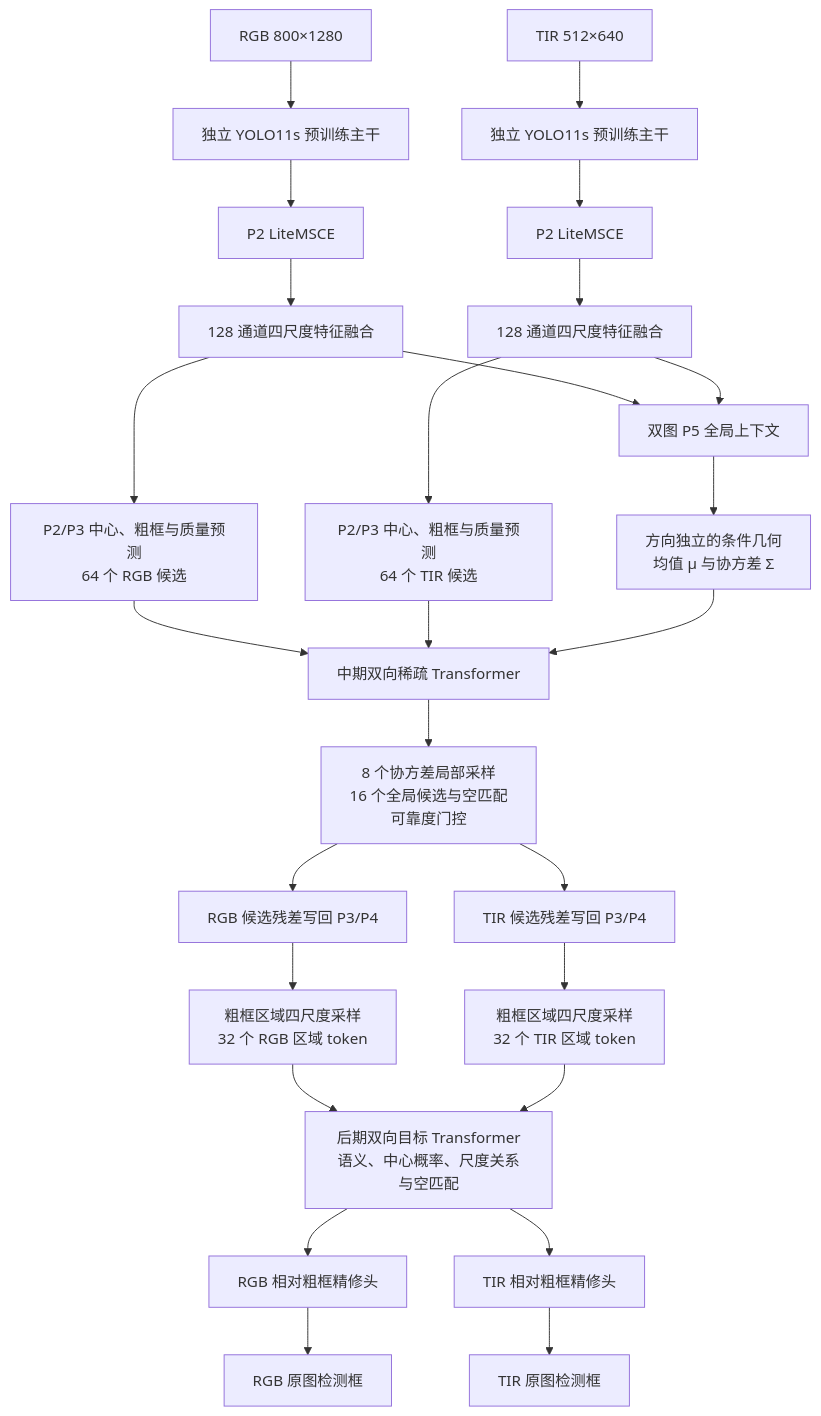
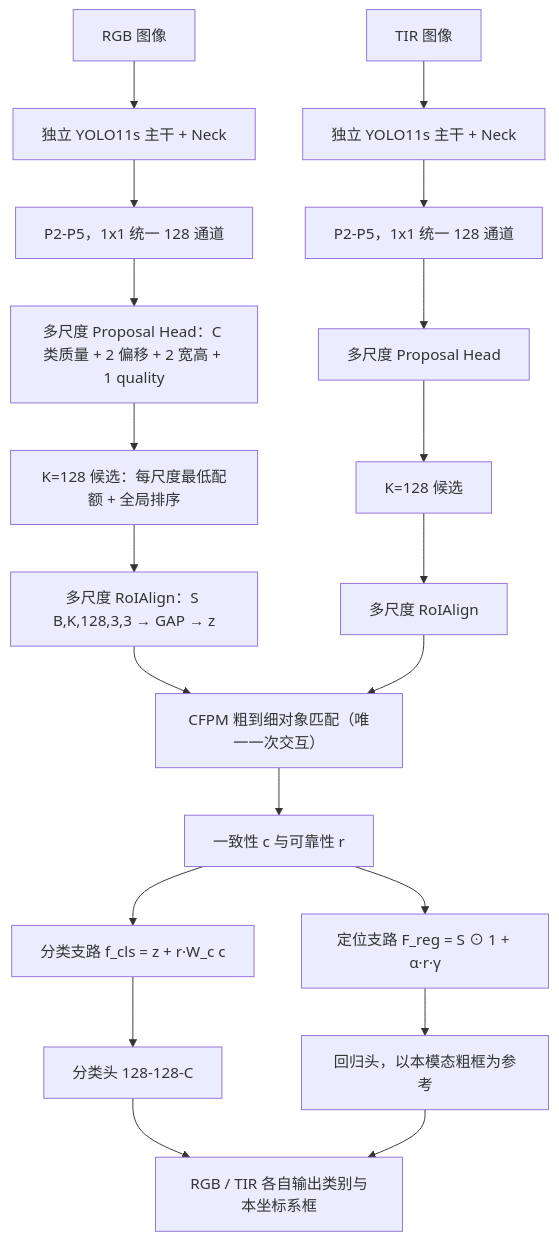
One commit to yjfingit/PGSF-Det changed the diagram in README.md. Above: the diagram before and after it, drawn with Mermaid. The commit also changed other lines of this file and 55 other files, not shown here.

````diff
--- a/README.md
+++ b/README.md
@@ -17,28 +23,22 @@
 ```mermaid
 flowchart TD
-    R[RGB 800×1280] --> RB[独立 YOLO11s 预训练主干]
-    T[TIR 512×640] --> TB[独立 YOLO11s 预训练主干]
-    RB --> RM[P2 LiteMSCE]
-    TB --> TM[P2 LiteMSCE]
-    RM --> RN[128 通道四尺度特征融合]
-    TM --> TN[128 通道四尺度特征融合]
-    RN --> RP[P2/P3 中心、粗框与质量预测\n64 个 RGB 候选]
-    TN --> TP[P2/P3 中心、粗框与质量预测\n64 个 TIR 候选]
-    RN --> C[双图 P5 全局上下文]
-    TN --> C
-    C --> G[方向独立的条件几何\n均值 μ 与协方差 Σ]
-    RP --> M[中期双向稀疏 Transformer]
-    TP --> M
-    G --> M
-    M --> K[8 个协方差局部采样\n16 个全局候选与空匹配\n可靠度门控]
-    K --> RW[RGB 候选残差写回 P3/P4]
-    K --> TW[TIR 候选残差写回 P3/P4]
-    RW --> RR[粗框区域四尺度采样\n32 个 RGB 区域 token]
-    TW --> TR[粗框区域四尺度采样\n32 个 TIR 区域 token]
-    RR --> L[后期双向目标 Transformer\n语义、中心概率、尺度关系与空匹配]
-    TR --> L
-    L --> RH[RGB 相对粗框精修头]
-    L --> TH[TIR 相对粗框精修头]
-    RH --> RO[RGB 原图检测框]
-    TH --> TO[TIR 原图检测框]
+    R[RGB 图像] --> RB[独立 YOLO11s 主干 + Neck]
+    T[TIR 图像] --> TB[独立 YOLO11s 主干 + Neck]
+    RB --> RP[P2-P5，1x1 统一 128 通道]
+    TB --> TP[P2-P5，1x1 统一 128 通道]
+    RP --> RC[多尺度 Proposal Head：C 类质量 + 2 偏移 + 2 宽高 + 1 quality]
+    TP --> TC[多尺度 Proposal Head]
+    RC --> RK[K=128 候选：每尺度最低配额 + 全局排序]
+    TC --> TK[K=128 候选]
+    RK --> RS[多尺度 RoIAlign：S B,K,128,3,3 → GAP → z]
+    TK --> TS[多尺度 RoIAlign]
+    RS --> M[CFPM 粗到细对象匹配（唯一一次交互）]
+    TS --> M
+    M --> F[一致性 c 与可靠性 r]
+    F --> C1[分类支路 f_cls = z + r·W_c c]
+    F --> C2[定位支路 F_reg = S ⊙ 1 + α·r·γ]
+    C1 --> H1[分类头 128-128-C]
+    C2 --> H2[回归头，以本模态粗框为参考]
+    H1 --> O[RGB / TIR 各自输出类别与本坐标系框]
+    H2 --> O
 ```
````
